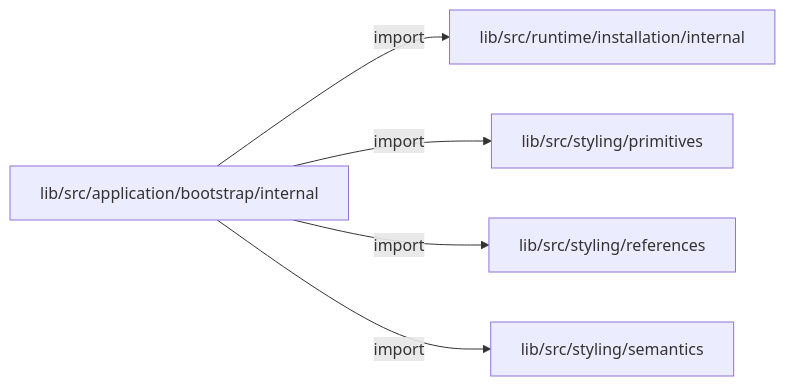
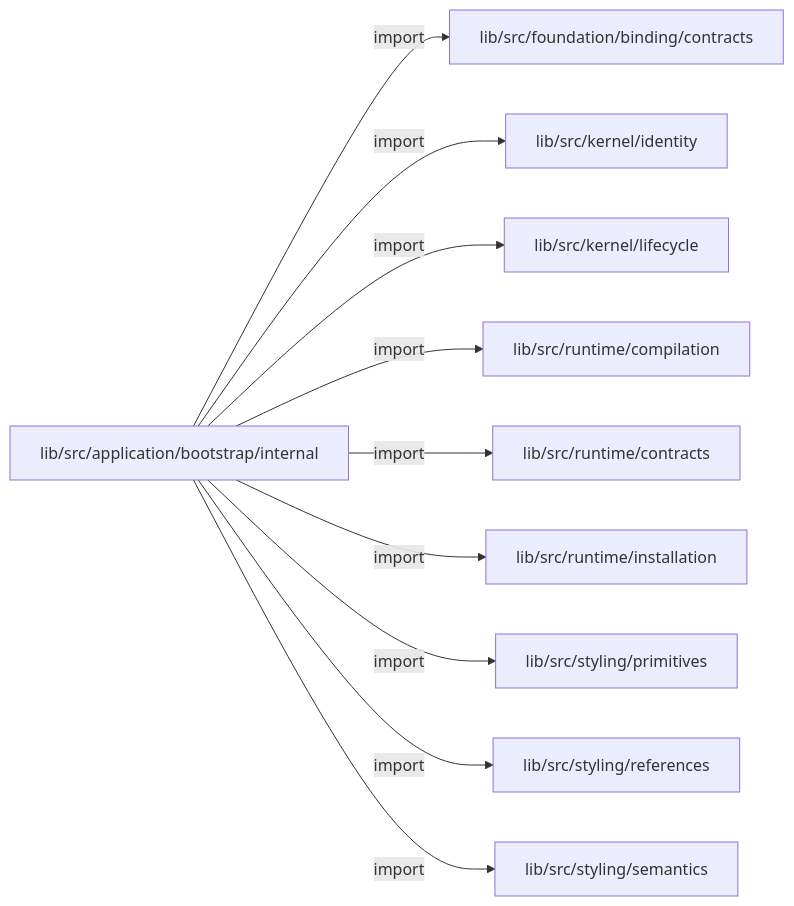
One commit to MiuDog/Kallopis changed the second of 3 diagrams in docs/architecture/src/application/bootstrap/internal/README.md. Above: the diagram before and after it, drawn with Mermaid. The commit also changed other lines of this file and 2796 other files, not shown here.

````diff
--- a/docs/architecture/src/application/bootstrap/internal/README.md
+++ b/docs/architecture/src/application/bootstrap/internal/README.md
@@ -40,12 +40,22 @@
 ```mermaid
 flowchart LR
 	n0["lib/src/application/bootstrap/internal"]
-	n1["lib/src/runtime/installation/internal"]
-	n2["lib/src/styling/primitives"]
-	n3["lib/src/styling/references"]
-	n4["lib/src/styling/semantics"]
+	n1["lib/src/foundation/binding/contracts"]
+	n2["lib/src/kernel/identity"]
+	n3["lib/src/kernel/lifecycle"]
+	n4["lib/src/runtime/compilation"]
+	n5["lib/src/runtime/contracts"]
+	n6["lib/src/runtime/installation"]
+	n7["lib/src/styling/primitives"]
+	n8["lib/src/styling/references"]
+	n9["lib/src/styling/semantics"]
 	n0 -->|"import"| n1
 	n0 -->|"import"| n2
 	n0 -->|"import"| n3
 	n0 -->|"import"| n4
+	n0 -->|"import"| n5
+	n0 -->|"import"| n6
+	n0 -->|"import"| n7
+	n0 -->|"import"| n8
+	n0 -->|"import"| n9
 ```
````
